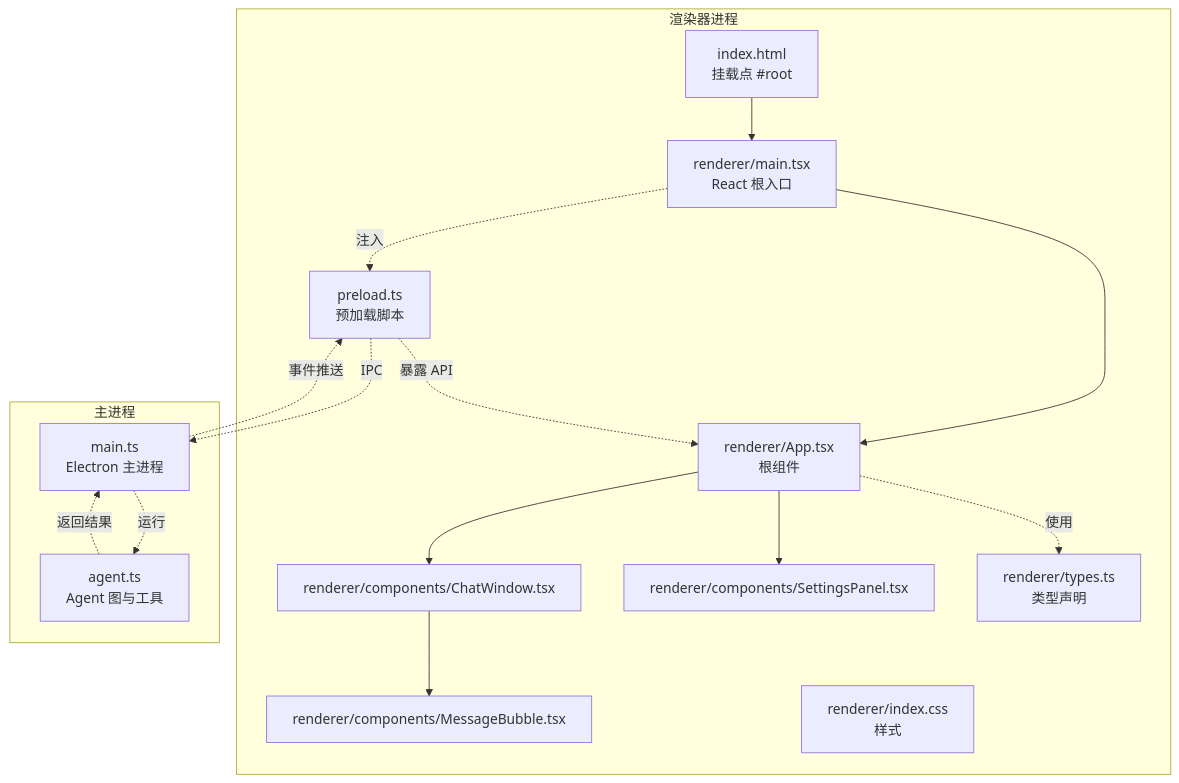
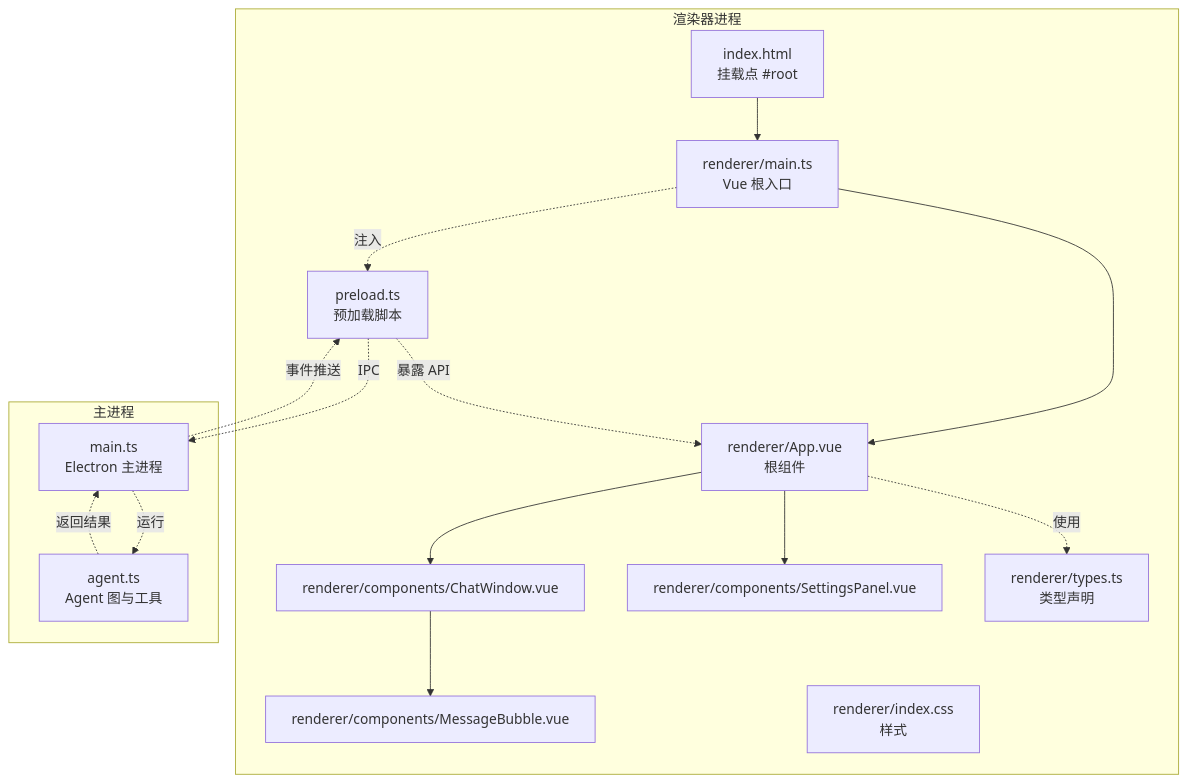
Before and after one commit to hallllla/QAQ-Agent: the first of 9 diagrams in .qoder/repowiki/zh/content/系统架构/渲染器进程架构.md, drawn with Mermaid. The commit also changed other lines of this file and 23 other files, not shown here.

````diff
--- a/.qoder/repowiki/zh/content/系统架构/渲染器进程架构.md
+++ b/.qoder/repowiki/zh/content/系统架构/渲染器进程架构.md
@@ -51,30 +60,30 @@
 ```mermaid
 graph TB
 subgraph "渲染器进程"
 HTML["index.html<br/>挂载点 #root"]
-MainTSX["renderer/main.tsx<br/>React 根入口"]
-App["renderer/App.tsx<br/>根组件"]
-Chat["renderer/components/ChatWindow.tsx"]
-Settings["renderer/components/SettingsPanel.tsx"]
-MsgBubble["renderer/components/MessageBubble.tsx"]
+MainTS["renderer/main.ts<br/>Vue 根入口"]
+App["renderer/App.vue<br/>根组件"]
+Chat["renderer/components/ChatWindow.vue"]
+Settings["renderer/components/SettingsPanel.vue"]
+MsgBubble["renderer/components/MessageBubble.vue"]
 Types["renderer/types.ts<br/>类型声明"]
 CSS["renderer/index.css<br/>样式"]
 Preload["preload.ts<br/>预加载脚本"]
 end
 subgraph "主进程"
 MainProc["main.ts<br/>Electron 主进程"]
 Agent["agent.ts<br/>Agent 图与工具"]
 end
-HTML --> MainTSX
-MainTSX --> App
+HTML --> MainTS
+MainTS --> App
 App --> Chat
 App --> Settings
 Chat --> MsgBubble
 App -. 使用 .-> Types
-MainTSX -. 注入 .-> Preload
+MainTS -. 注入 .-> Preload
 Preload -. IPC .-> MainProc
 MainProc -. 运行 .-> Agent
 Agent -. 返回结果 .-> MainProc
 MainProc -. 事件推送 .-> Preload
 Preload -. 暴露 API .-> App
 ```
````
